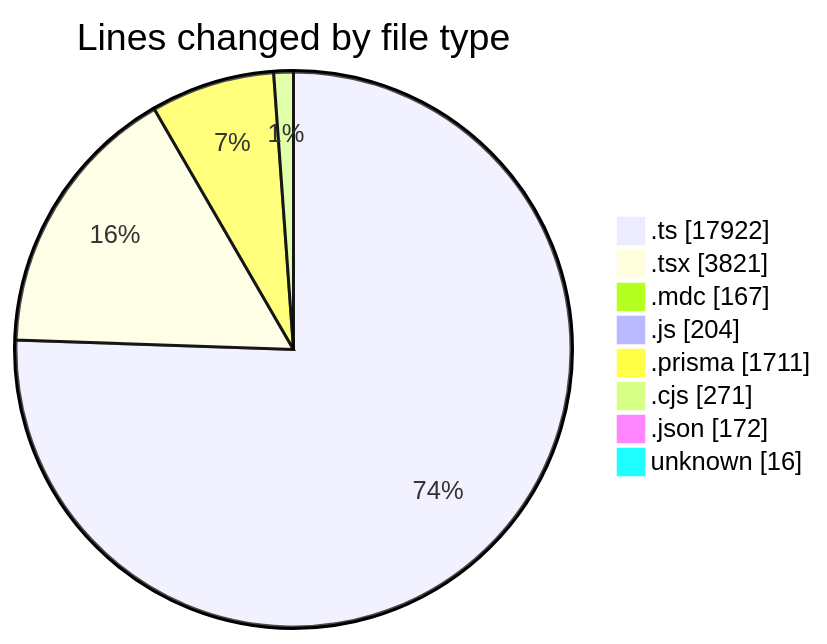
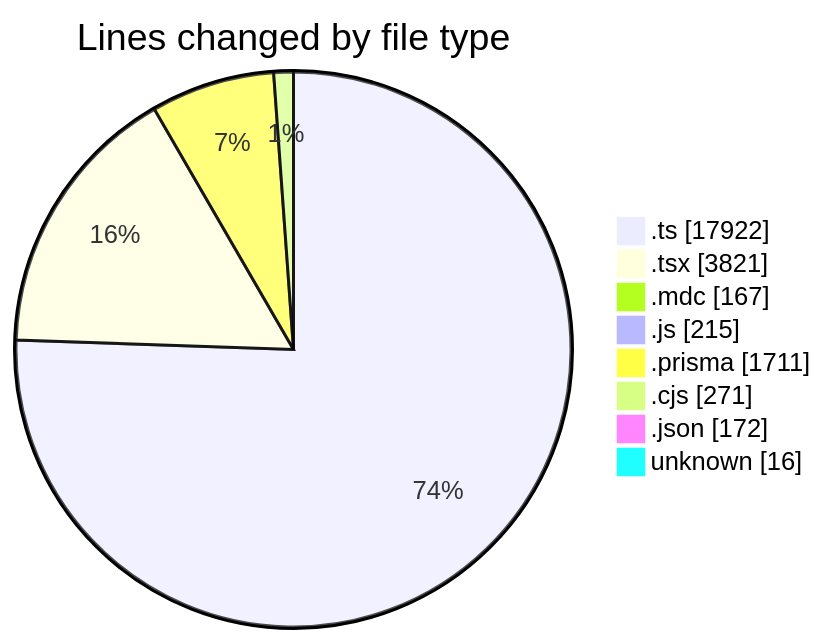
The first of 2 diagrams in 2025-06-06/ecodeli-1/README.md (CELIANVF/code-tracking), drawn with Mermaid before and after one commit. The commit also changed other lines of this file and 1 other file, not shown here.

````diff
--- a/2025-06-06/ecodeli-1/README.md
+++ b/2025-06-06/ecodeli-1/README.md
@@ -89,12 +90,12 @@
 ```mermaid
 pie showData
 title Lines changed by file type
 ".ts" : 17922
 ".tsx" : 3821
 ".mdc" : 167
-".js" : 204
+".js" : 215
 ".prisma" : 1711
 ".cjs" : 271
 ".json" : 172
 "unknown" : 16
 ```
````
